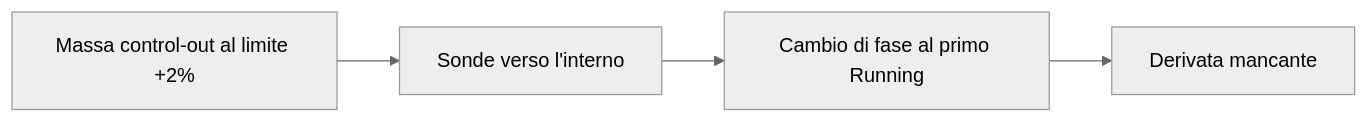
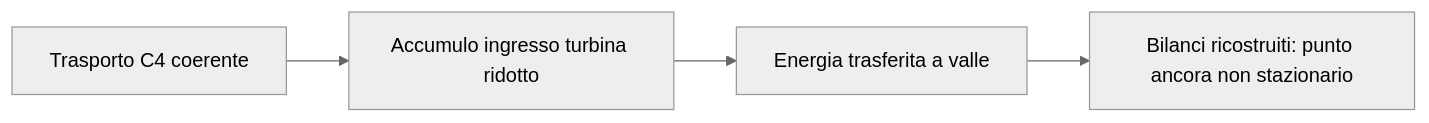
The first of 2 diagrams in docs/PROJECT.md (archistico/NuclearReactorSimulator), drawn with Mermaid (neutral theme) before and after one commit. The commit also changed other lines of this file and 95 other files, not shown here.

````diff
--- a/docs/PROJECT.md
+++ b/docs/PROJECT.md
@@ -33,6 +43,6 @@
 ```mermaid
 flowchart LR
-    A["Massa control-out al limite +2%"] --> B["Sonde verso l'interno"]
-    B --> C["Cambio di fase al primo Running"]
-    C --> D["Derivata mancante"]
+    A["Trasporto C4 coerente"] --> B["Accumulo ingresso turbina ridotto"]
+    B --> C["Energia trasferita a valle"]
+    C --> D["Bilanci ricostruiti: punto ancora non stazionario"]
 ```
````
